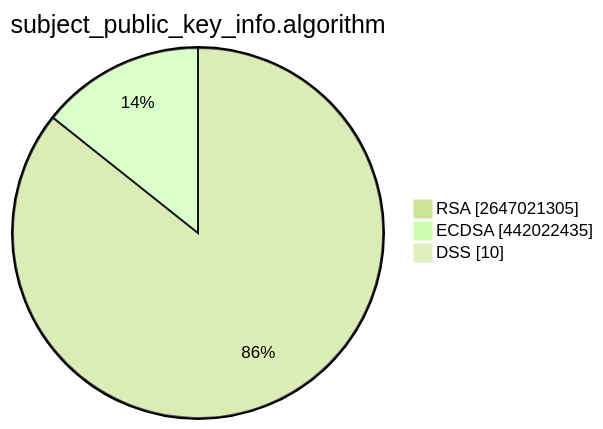
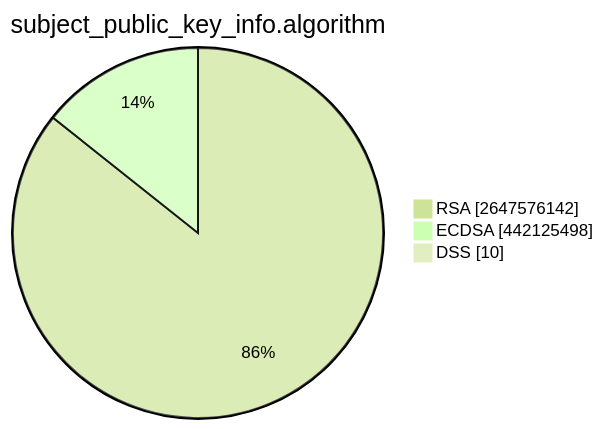
One commit to christiankrug/ctmonitor_visualization changed the second of 15 diagrams in TOTAL/README.md. Above: the diagram before and after it, drawn with Mermaid (forest theme). The commit also changed other lines of this file, not shown here.

````diff
--- a/TOTAL/README.md
+++ b/TOTAL/README.md
@@ -6,7 +6,7 @@
 ```mermaid
 pie showData
 title subject_public_key_info.algorithm
-"RSA" :2647021305
-"ECDSA" :442022435
+"RSA" :2647576142
+"ECDSA" :442125498
 "DSS" :10
 ```
````
